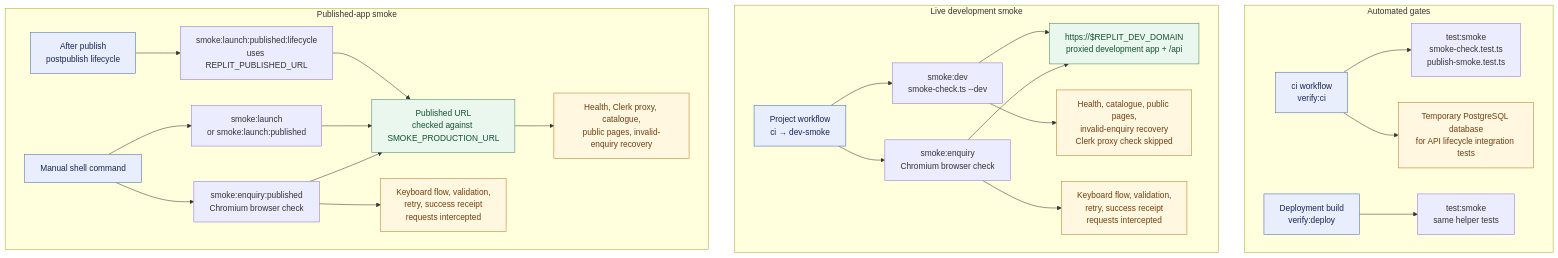
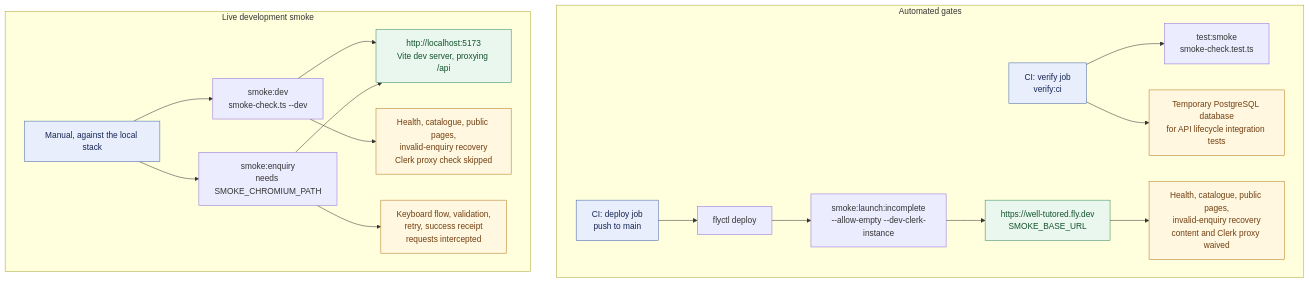
One commit to sumau/well-tutored changed the diagram in docs/testing.md. Above: the diagram before and after it, drawn with Mermaid. The commit also changed other lines of this file and 45 other files, not shown here.

````diff
--- a/docs/testing.md
+++ b/docs/testing.md
@@ -17,35 +17,27 @@
 ```mermaid
 flowchart TB
   subgraph automated["Automated gates"]
-    ci["ci workflow<br/>verify:ci"] --> ciHelpers["test:smoke<br/>smoke-check.test.ts<br/>publish-smoke.test.ts"]
-    deploy["Deployment build<br/>verify:deploy"] --> deployHelpers["test:smoke<br/>same helper tests"]
+    ci["CI: verify job<br/>verify:ci"] --> ciHelpers["test:smoke<br/>smoke-check.test.ts"]
     ci --> ciDb["Temporary PostgreSQL database<br/>for API lifecycle integration tests"]
+    deploy["CI: deploy job<br/>push to main"] --> flyDeploy["flyctl deploy"]
+    flyDeploy --> deployLaunch["smoke:launch:incomplete<br/>--allow-empty --dev-clerk-instance"]
+    deployLaunch --> deployTarget["https://well-tutored.fly.dev<br/>SMOKE_BASE_URL"]
+    deployTarget --> deployCoverage["Health, catalogue, public pages,<br/>invalid-enquiry recovery<br/>content and Clerk proxy waived"]
   end
 
   subgraph development["Live development smoke"]
-    project["Project workflow<br/>ci → dev-smoke"] --> devLaunch["smoke:dev<br/>smoke-check.ts --dev"]
-    project --> devBrowser["smoke:enquiry<br/>Chromium browser check"]
-    devLaunch --> devTarget["https://$REPLIT_DEV_DOMAIN<br/>proxied development app + /api"]
+    manualDev["Manual, against the local stack"] --> devLaunch["smoke:dev<br/>smoke-check.ts --dev"]
+    manualDev --> devBrowser["smoke:enquiry<br/>needs SMOKE_CHROMIUM_PATH"]
+    devLaunch --> devTarget["http://localhost:5173<br/>Vite dev server, proxying /api"]
     devBrowser --> devTarget
     devLaunch --> devCoverage["Health, catalogue, public pages,<br/>invalid-enquiry recovery<br/>Clerk proxy check skipped"]
     devBrowser --> devBrowserCoverage["Keyboard flow, validation,<br/>retry, success receipt<br/>requests intercepted"]
   end
 
-  subgraph published["Published-app smoke"]
-    postpublish["After publish<br/>postpublish lifecycle"] --> publishedLaunch["smoke:launch:published:lifecycle<br/>uses REPLIT_PUBLISHED_URL"]
-    manual["Manual shell command"] --> manualLaunch["smoke:launch<br/>or smoke:launch:published"]
-    manual --> publishedBrowser["smoke:enquiry:published<br/>Chromium browser check"]
-    publishedLaunch --> publishedTarget["Published URL<br/>checked against SMOKE_PRODUCTION_URL"]
-    manualLaunch --> publishedTarget
-    publishedBrowser --> publishedTarget
-    publishedTarget --> publishedCoverage["Health, Clerk proxy, catalogue,<br/>public pages, invalid-enquiry recovery"]
-    publishedBrowser --> publishedBrowserCoverage["Keyboard flow, validation,<br/>retry, success receipt<br/>requests intercepted"]
-  end
-
   classDef gate fill:#e8eefc,stroke:#4666a8,color:#172554
   classDef target fill:#e9f7ef,stroke:#3b8a5a,color:#14532d
   classDef coverage fill:#fff7df,stroke:#b7791f,color:#713f12
-  class ci,deploy,project,postpublish,manual gate
-  class devTarget,publishedTarget target
-  class devCoverage,devBrowserCoverage,publishedCoverage,publishedBrowserCoverage,ciDb coverage
+  class ci,deploy,manualDev gate
+  class devTarget,deployTarget target
+  class devCoverage,devBrowserCoverage,deployCoverage,ciDb coverage
 ```
````
